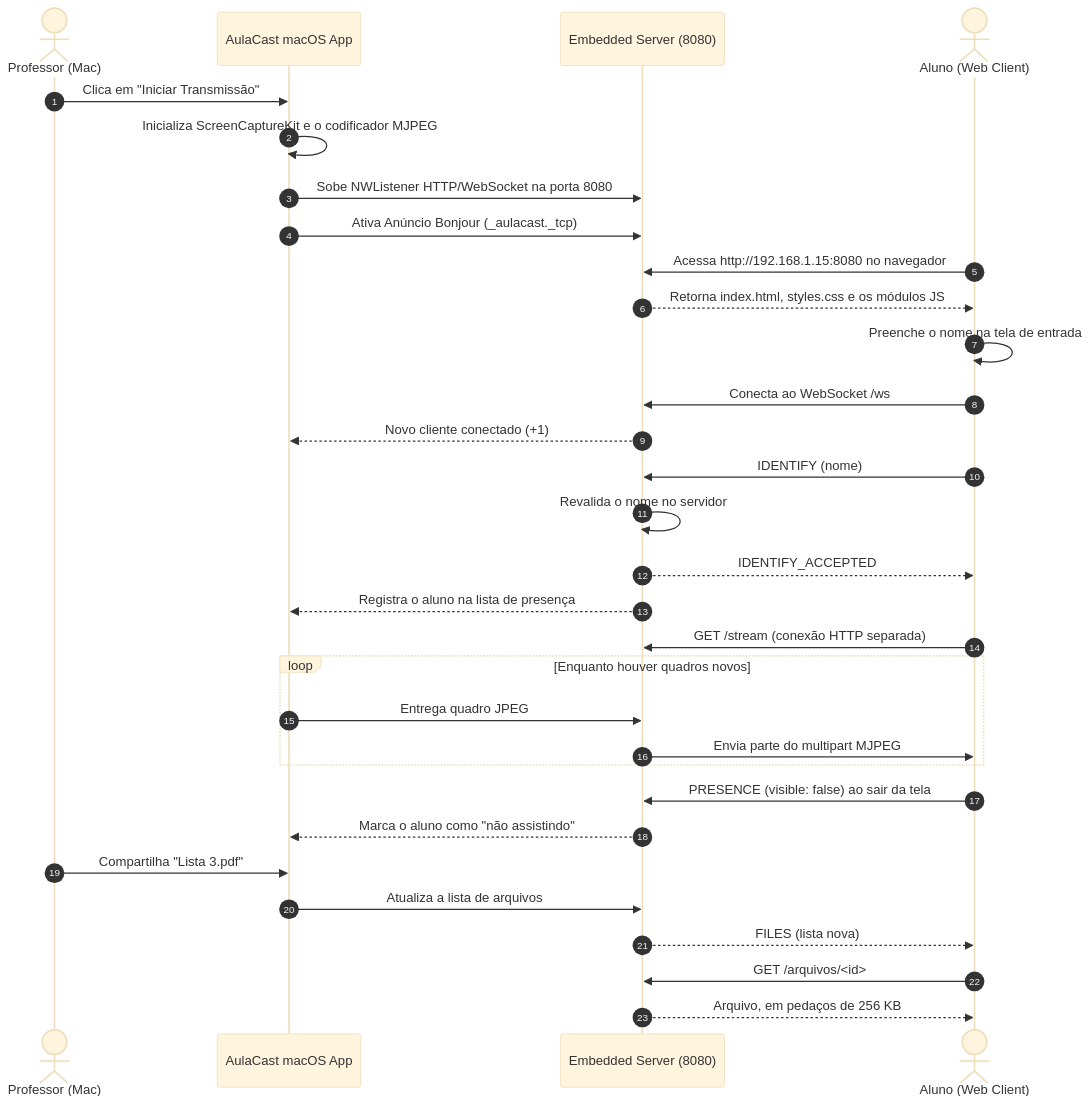
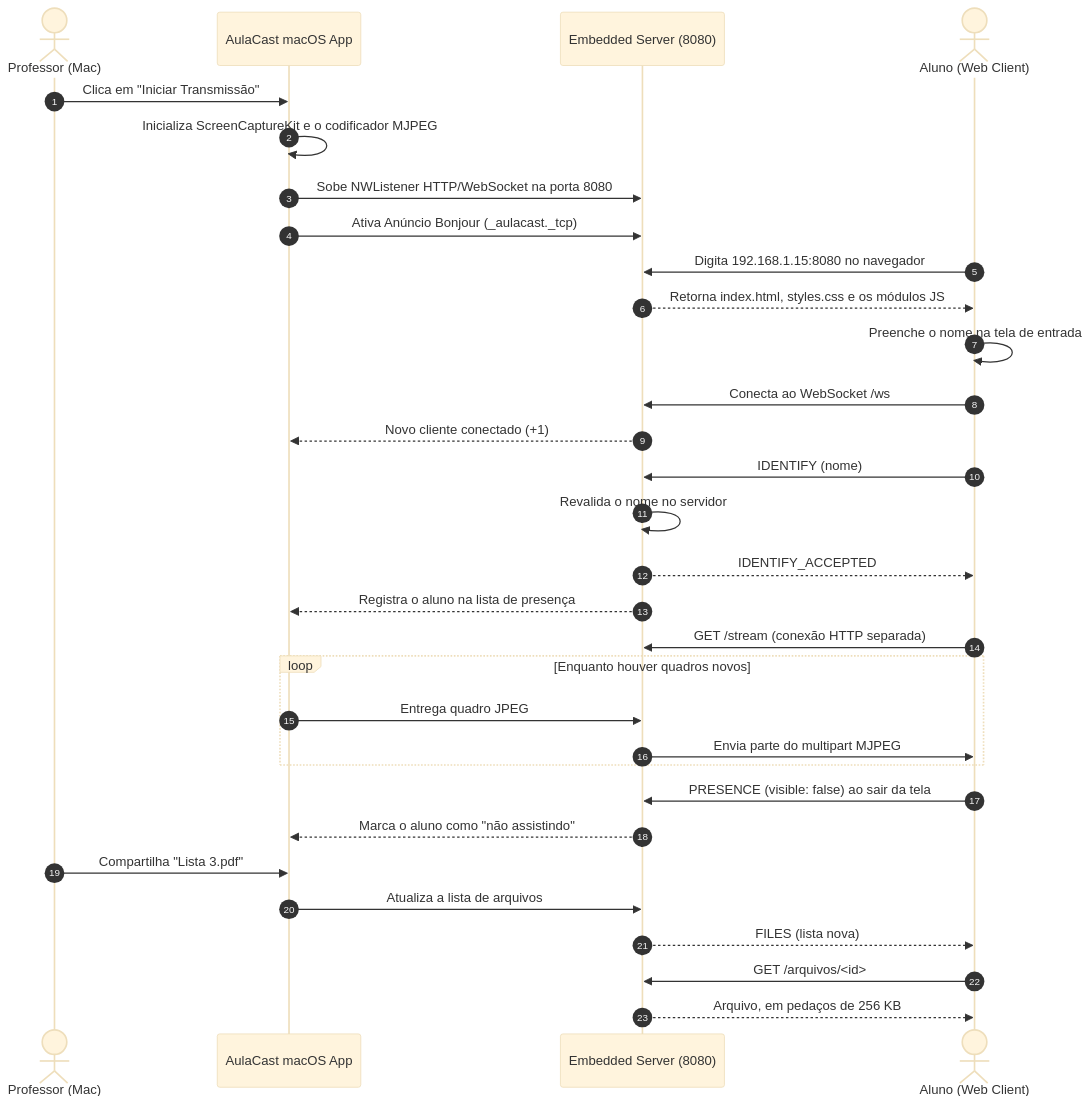
The second of 2 diagrams in docs/04-arquitetura-e-design.md (watusalen/aulacast), drawn with Mermaid (base theme) before and after one commit. The commit also changed 6 other files, not shown here.

````diff
--- a/docs/04-arquitetura-e-design.md
+++ b/docs/04-arquitetura-e-design.md
@@ -192,38 +192,38 @@
 ```mermaid
 sequenceDiagram
     autonumber
     actor Prof as Professor (Mac)
     participant App as AulaCast macOS App
     participant Net as Embedded Server (8080)
     actor Aluno as Aluno (Web Client)
 
     Prof->>App: Clica em "Iniciar Transmissão"
     App->>App: Inicializa ScreenCaptureKit e o codificador MJPEG
     App->>Net: Sobe NWListener HTTP/WebSocket na porta 8080
     App->>Net: Ativa Anúncio Bonjour (_aulacast._tcp)
 
-    Aluno->>Net: Acessa http://192.168.1.15:8080 no navegador
+    Aluno->>Net: Digita 192.168.1.15:8080 no navegador
     Net-->>Aluno: Retorna index.html, styles.css e os módulos JS
     Aluno->>Aluno: Preenche o nome na tela de entrada
     Aluno->>Net: Conecta ao WebSocket /ws
     Net-->>App: Novo cliente conectado (+1)
     Aluno->>Net: IDENTIFY (nome)
     Net->>Net: Revalida o nome no servidor
     Net-->>Aluno: IDENTIFY_ACCEPTED
     Net-->>App: Registra o aluno na lista de presença
 
     Aluno->>Net: GET /stream (conexão HTTP separada)
     loop Enquanto houver quadros novos
         App->>Net: Entrega quadro JPEG
         Net->>Aluno: Envia parte do multipart MJPEG
     end
 
     Aluno->>Net: PRESENCE (visible: false) ao sair da tela
     Net-->>App: Marca o aluno como "não assistindo"
 
     Prof->>App: Compartilha "Lista 3.pdf"
     App->>Net: Atualiza a lista de arquivos
     Net-->>Aluno: FILES (lista nova)
     Aluno->>Net: GET /arquivos/<id>
     Net-->>Aluno: Arquivo, em pedaços de 256 KB
 ```
````
